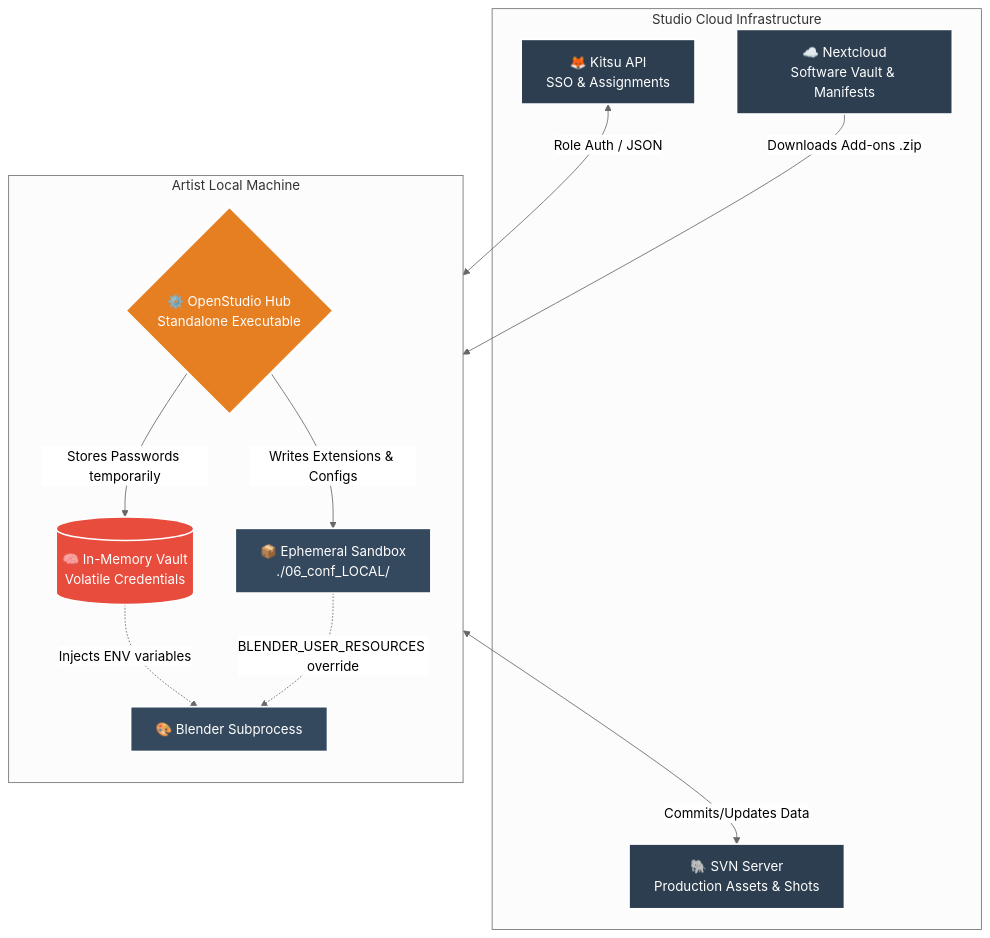
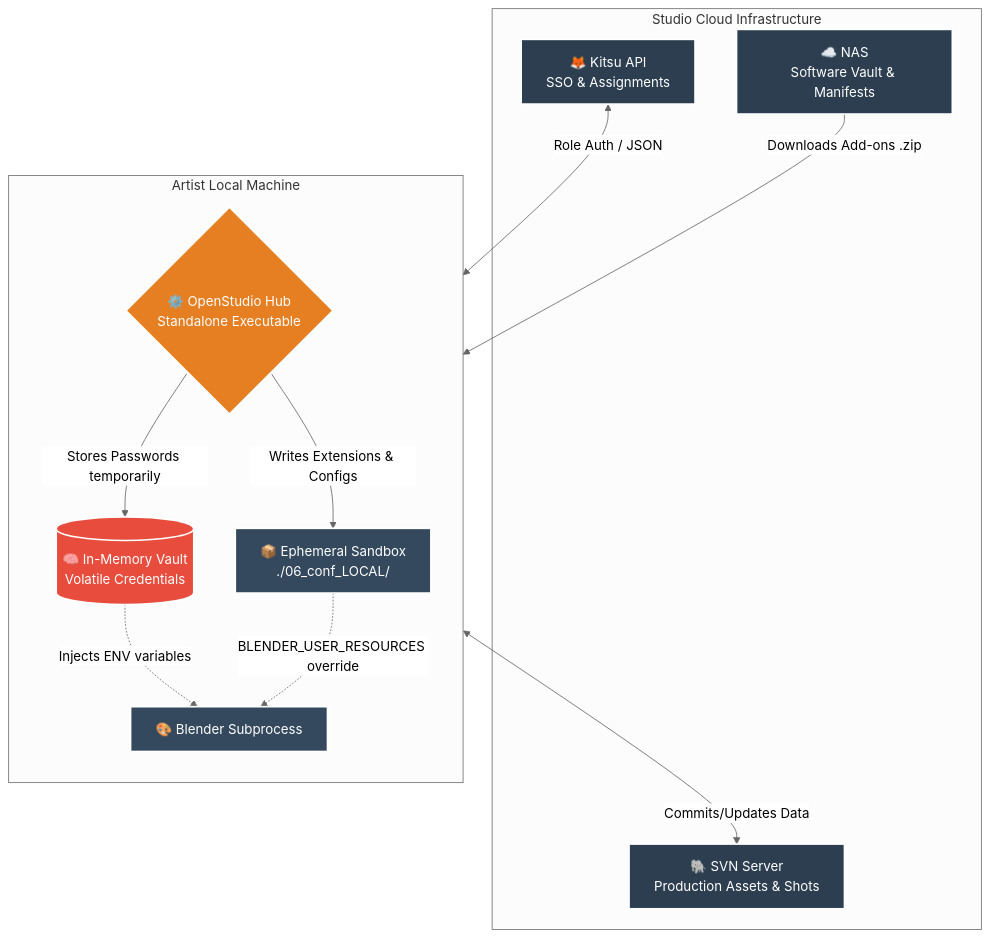
Before and after one commit to 3dvm/openstudio-hub: the first of 2 diagrams in README.md, drawn with Mermaid (neutral theme). The commit also changed other lines of this file and 12 other files, not shown here.

````diff
--- a/README.md
+++ b/README.md
@@ -38,36 +38,36 @@
 ```mermaid
 flowchart TD
     subgraph Cloud [Studio Cloud Infrastructure]
         K[🦊 Kitsu API<br>SSO & Assignments]
-        N[☁️ Nextcloud<br>Software Vault & Manifests]
+        N[☁️ NAS<br>Software Vault & Manifests]
         S[🐘 SVN Server<br>Production Assets & Shots]
     end
 
     subgraph Workstation [Artist Local Machine]
         direction TB
         MH{⚙️ OpenStudio Hub<br>Standalone Executable}
         RAM[(🧠 In-Memory Vault<br>Volatile Credentials)]
         SB[📦 Ephemeral Sandbox<br>./06_conf_LOCAL/]
         DCC[🎨 Blender Subprocess]
     end
 
     K <-->|Role Auth / JSON| MH
     N -->|Downloads Add-ons .zip| MH
     MH -->|Writes Extensions & Configs| SB
     MH -->|Stores Passwords temporarily| RAM
     
     RAM -.->|Injects ENV variables| DCC
     SB -.->|BLENDER_USER_RESOURCES override| DCC
     DCC <-->|Commits/Updates Data| S
 
     classDef cloud fill:#2c3e50,stroke:#fff,stroke-width:2px,color:#fff;
     classDef local fill:#34495e,stroke:#fff,stroke-width:2px,color:#fff;
     classDef hub fill:#e67e22,stroke:#fff,stroke-width:3px,color:#fff;
     classDef security fill:#e74c3c,stroke:#fff,stroke-width:2px,color:#fff;
 
     class K,N,S cloud;
     class SB,DCC local;
     class MH hub;
     class RAM security;
 
 ```
````
